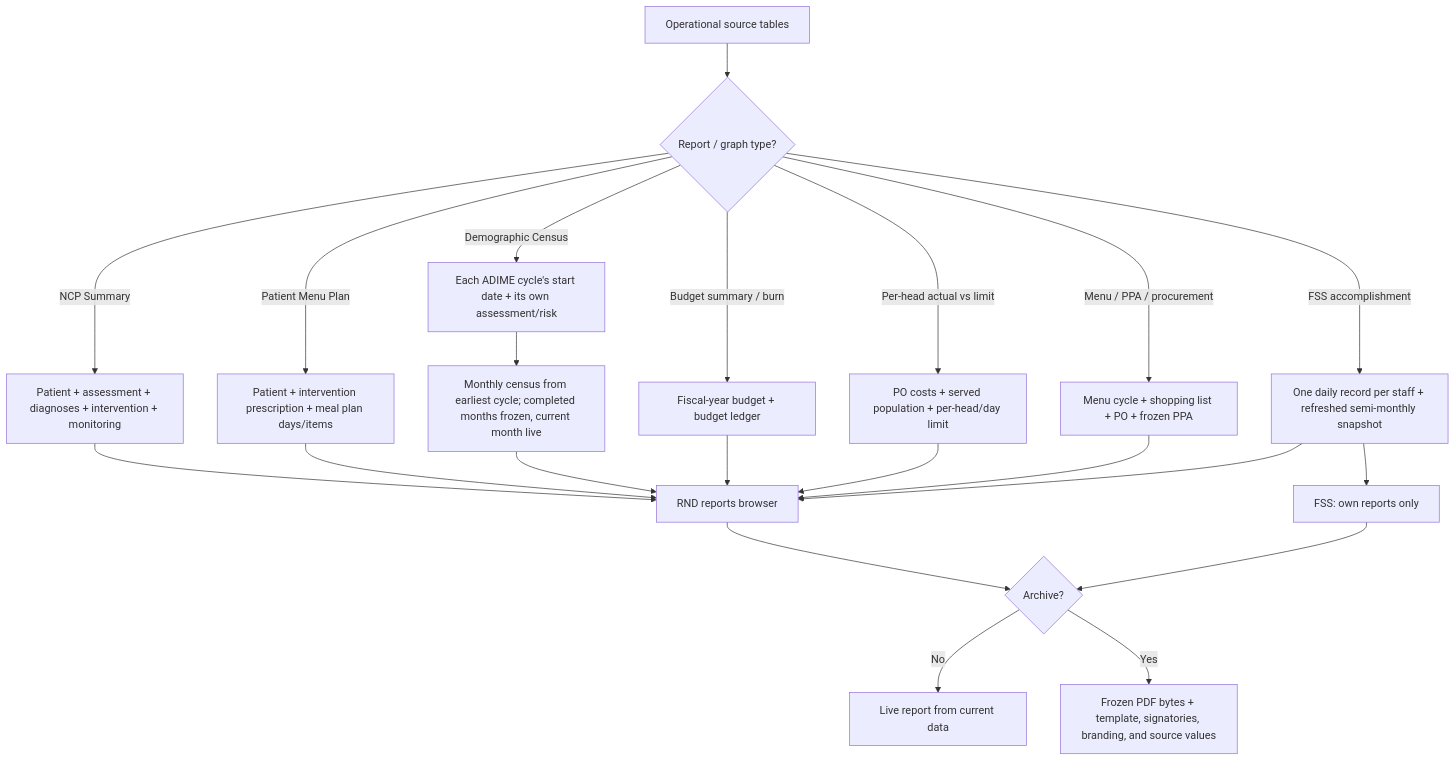
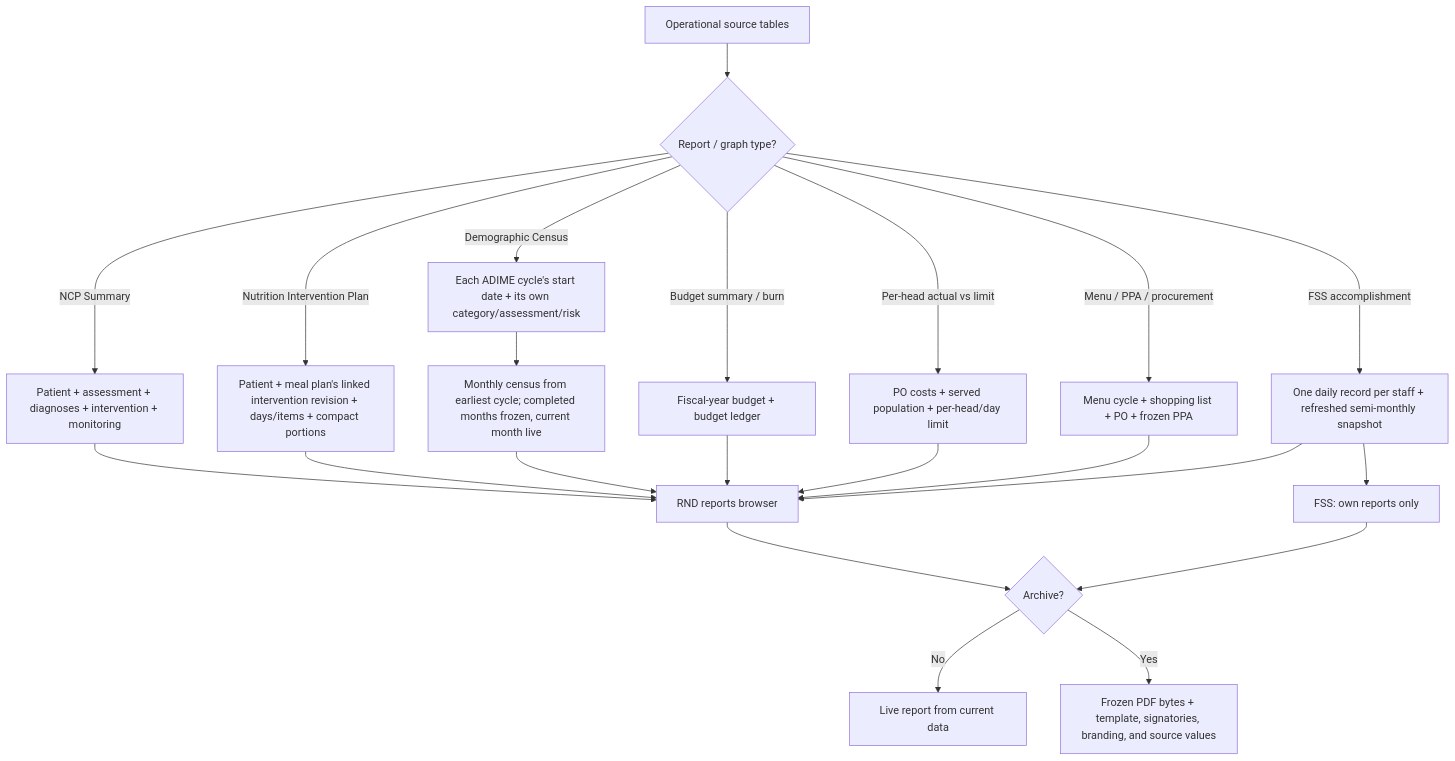
Before and after one commit to ja2gc/Nutriscope: the eighth of 9 diagrams in docs/module-workflow-flowchart.md, drawn with Mermaid. The commit also changed other lines of this file and 11 other files, not shown here.

````diff
--- a/docs/module-workflow-flowchart.md
+++ b/docs/module-workflow-flowchart.md
@@ -270,26 +275,26 @@
 ```mermaid
 flowchart TD
     A["Operational source tables"] --> B{"Report / graph type?"}
     B -->|"NCP Summary"| C["Patient + assessment + diagnoses + intervention + monitoring"]
-    B -->|"Patient Menu Plan"| D["Patient + intervention prescription + meal plan days/items"]
-    B -->|"Demographic Census"| E["Each ADIME cycle's start date + its own assessment/risk"]
+    B -->|"Nutrition Intervention Plan"| D["Patient + meal plan's linked intervention revision + days/items + compact portions"]
+    B -->|"Demographic Census"| E["Each ADIME cycle's start date + its own category/assessment/risk"]
     B -->|"Budget summary / burn"| F["Fiscal-year budget + budget ledger"]
     B -->|"Per-head actual vs limit"| G["PO costs + served population + per-head/day limit"]
     B -->|"Menu / PPA / procurement"| H["Menu cycle + shopping list + PO + frozen PPA"]
     B -->|"FSS accomplishment"| I["One daily record per staff + refreshed semi-monthly snapshot"]
 
     C --> J["RND reports browser"]
     D --> J
     E --> O["Monthly census from earliest cycle; completed months frozen, current month live"]
     O --> J
     F --> J
     G --> J
     H --> J
     I --> J
     I --> K["FSS: own reports only"]
 
     J --> L{"Archive?"}
     K --> L
     L -->|"No"| M["Live report from current data"]
     L -->|"Yes"| N["Frozen PDF bytes + template, signatories, branding, and source values"]
 ```
````
